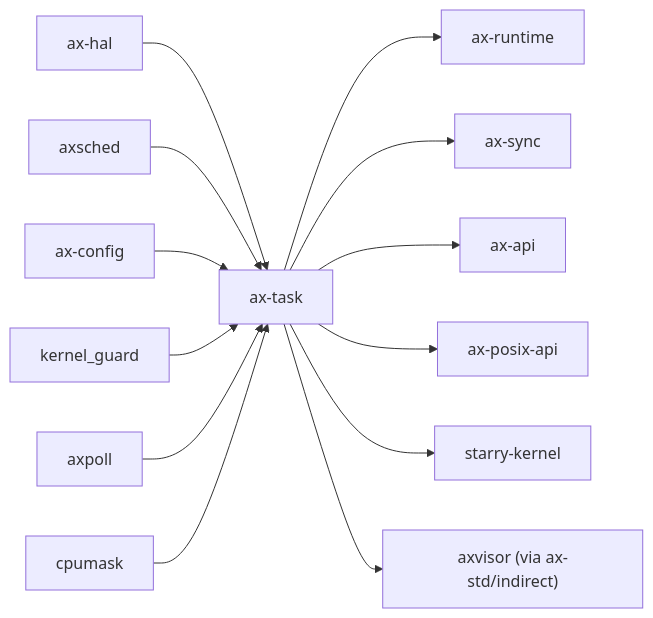
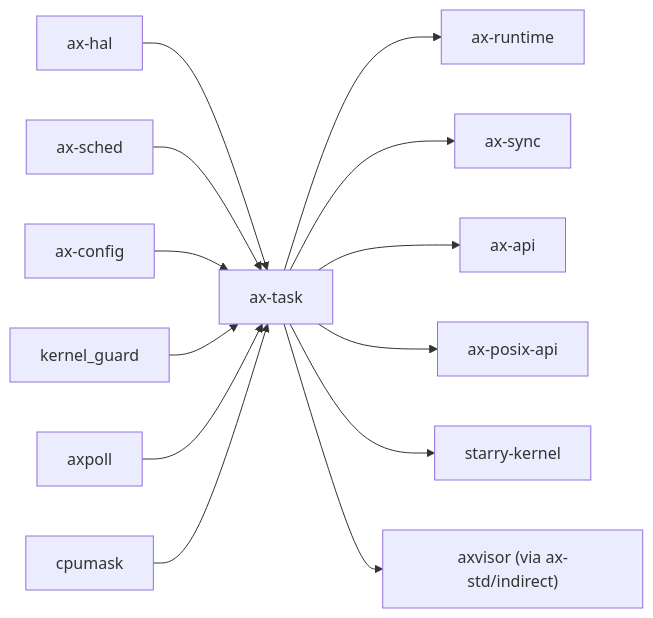
Before and after one commit to zKurisu/tgoskits: the second of 2 diagrams in docs/crates/ax-task.md, drawn with Mermaid. The commit also changed 15 other files, not shown here.

Commit message:
rename axsched to ax-sched

````diff
--- a/docs/crates/ax-task.md
+++ b/docs/crates/ax-task.md
@@ -122,16 +122,16 @@
 ```mermaid
 graph LR
     ax-hal["ax-hal"] --> ax-task["ax-task"]
-    axsched["axsched"] --> ax-task
+    axsched["ax-sched"] --> ax-task
     axconfig["ax-config"] --> ax-task
     kernel_guard["kernel_guard"] --> ax-task
     axpoll["axpoll"] --> ax-task
     cpumask["cpumask"] --> ax-task
 
     ax-task --> ax-runtime["ax-runtime"]
     ax-task --> ax-sync["ax-sync"]
     ax-task --> ax-api["ax-api"]
     ax-task --> ax-posix-api["ax-posix-api"]
     ax-task --> starry["starry-kernel"]
     ax-task --> axvisor["axvisor (via ax-std/indirect)"]
 ```
````
